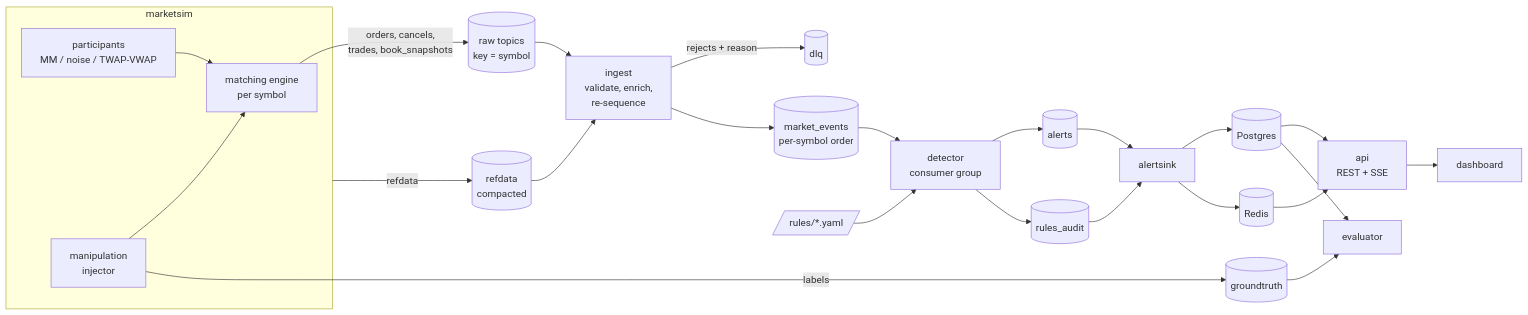
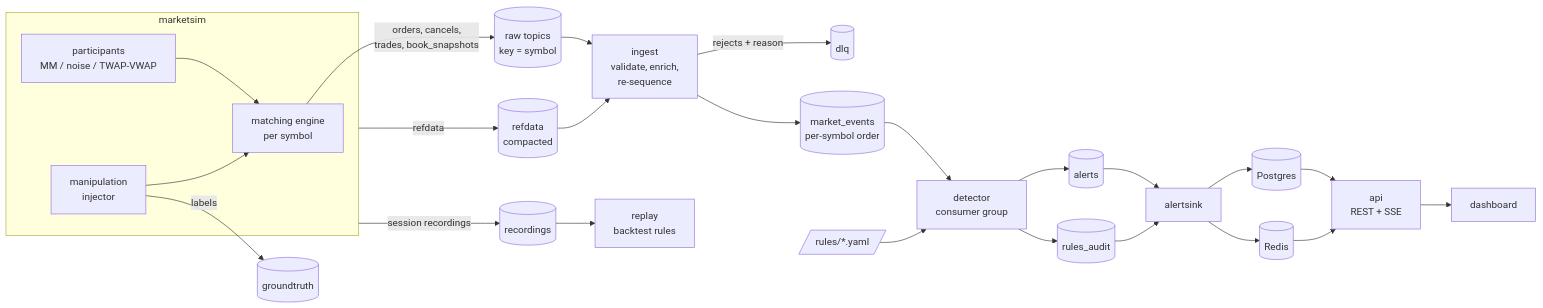
One commit to ZofSpades/TradeWatch changed the diagram in docs/architecture.md. Above: the diagram before and after it, drawn with Mermaid. The commit also changed other lines of this file and 9 other files, not shown here.

````diff
--- a/docs/architecture.md
+++ b/docs/architecture.md
@@ -14,36 +14,36 @@
 ```mermaid
 flowchart LR
     subgraph sim[marketsim]
         ME[matching engine<br/>per symbol]
         P[participants<br/>MM / noise / TWAP-VWAP]
         INJ[manipulation<br/>injector]
         P --> ME
         INJ --> ME
     end
 
     ME -->|orders, cancels,<br/>trades, book_snapshots| RAW[(raw topics<br/>key = symbol)]
     sim -->|refdata| REF[(refdata<br/>compacted)]
     INJ -->|labels| GT[(groundtruth)]
 
     RAW --> ING[ingest<br/>validate, enrich,<br/>re-sequence]
     REF --> ING
     ING -->|rejects + reason| DLQ[(dlq)]
     ING --> MEV[(market_events<br/>per-symbol order)]
 
     MEV --> DET[detector<br/>consumer group]
     RULES[/rules/*.yaml/] --> DET
     DET --> AL[(alerts)]
     DET --> RA[(rules_audit)]
 
     AL --> SINK[alertsink]
     RA --> SINK
     SINK --> PG[(Postgres)]
     SINK --> RD[(Redis)]
 
     PG --> API[api<br/>REST + SSE]
     RD --> API
     API --> WEB[dashboard]
 
-    GT --> EVAL[evaluator]
-    PG --> EVAL
+    sim -->|session recordings| REC[(recordings)]
+    REC --> REPLAY[replay<br/>backtest rules]
 ```
````
